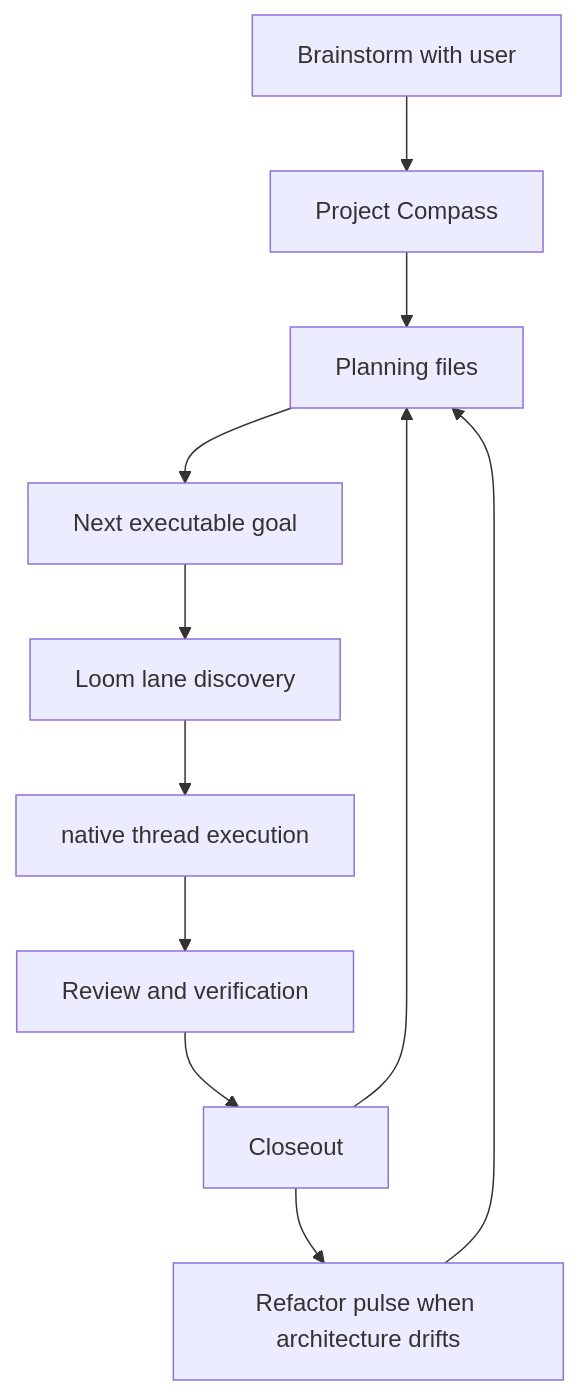
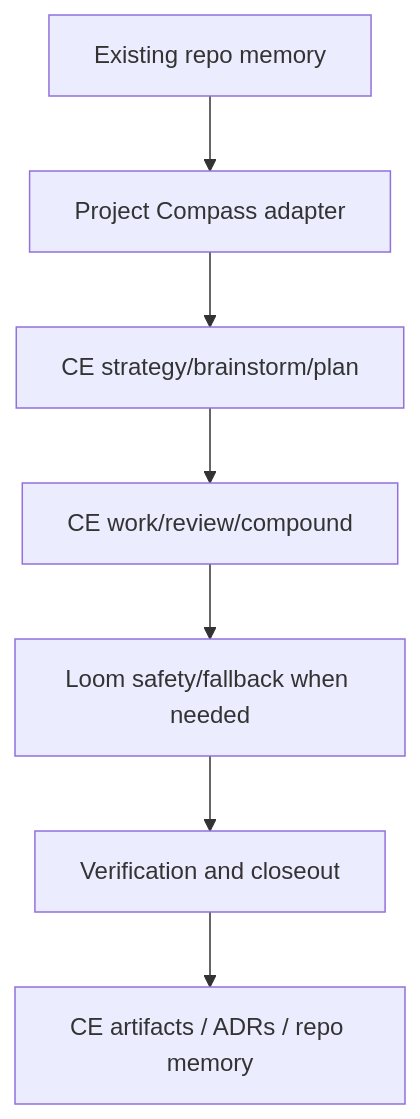
One commit to Latias94/dev-skills changed the first of 2 diagrams in README.md. Above: the diagram before and after it, drawn with Mermaid. The commit also changed other lines of this file and 17 other files, not shown here.

````diff
--- a/README.md
+++ b/README.md
@@ -34,13 +37,9 @@
 ```mermaid
 flowchart TD
-    A[Brainstorm with user] --> B[Project Compass]
-    B --> C[Planning files]
-    C --> D[Next executable goal]
-    D --> E[Loom lane discovery]
-    E --> F[native thread execution]
-    F --> G[Review and verification]
-    G --> H[Closeout]
-    H --> C
-    H --> I[Refactor pulse when architecture drifts]
-    I --> C
+    A[Existing repo memory] --> B[Project Compass adapter]
+    B --> C[CE strategy/brainstorm/plan]
+    C --> D[CE work/review/compound]
+    D --> E[Loom safety/fallback when needed]
+    E --> F[Verification and closeout]
+    F --> G[CE artifacts / ADRs / repo memory]
 ```
````
